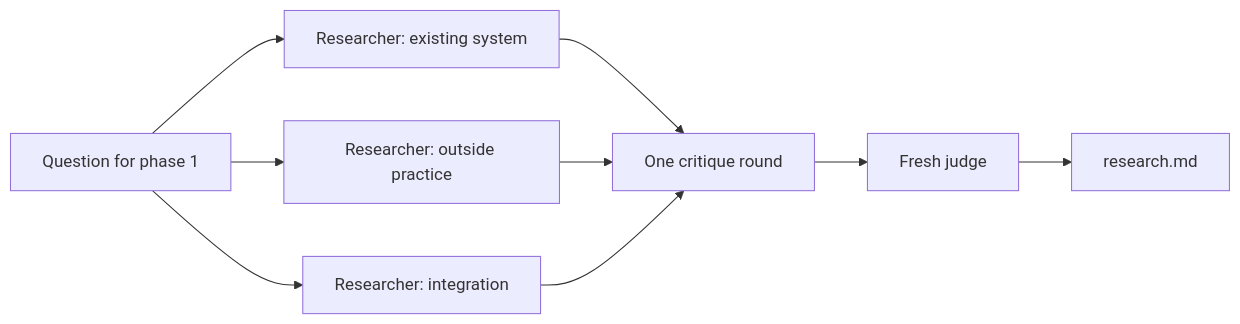
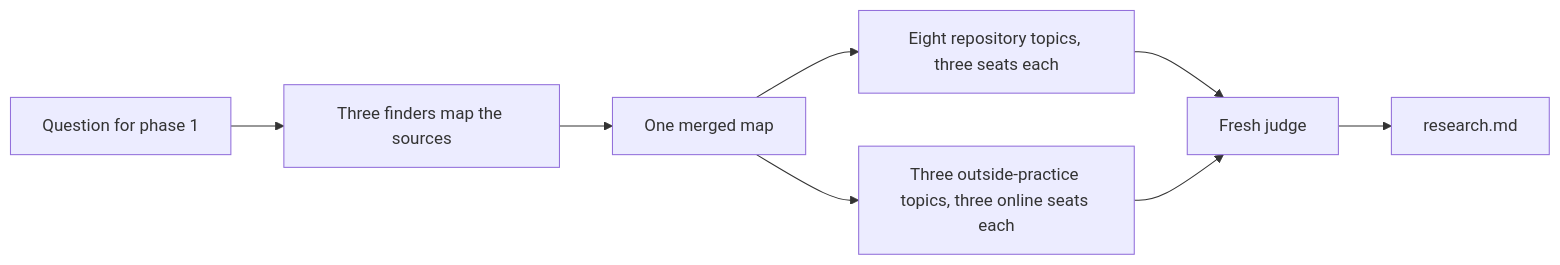
Before and after one commit to bicycle-brakes/monotrope: the second of 3 diagrams in docs/how-it-works.md, drawn with Mermaid. The commit also changed other lines of this file and 1 other file, not shown here.

````diff
--- a/docs/how-it-works.md
+++ b/docs/how-it-works.md
@@ -158,9 +164,9 @@
 ```mermaid
 flowchart LR
-    Q[Question for phase 1] --> R1[Researcher: existing system]
-    Q --> R2[Researcher: outside practice]
-    Q --> R3[Researcher: integration]
-    R1 & R2 & R3 --> CR[One critique round]
-    CR --> J[Fresh judge]
+    Q[Question for phase 1] --> F[Three finders map the sources]
+    F --> M[One merged map]
+    M --> T1[Eight repository topics, three seats each]
+    M --> T2[Three outside-practice topics, three online seats each]
+    T1 & T2 --> J[Fresh judge]
     J --> OUT[research.md]
 ```
````
